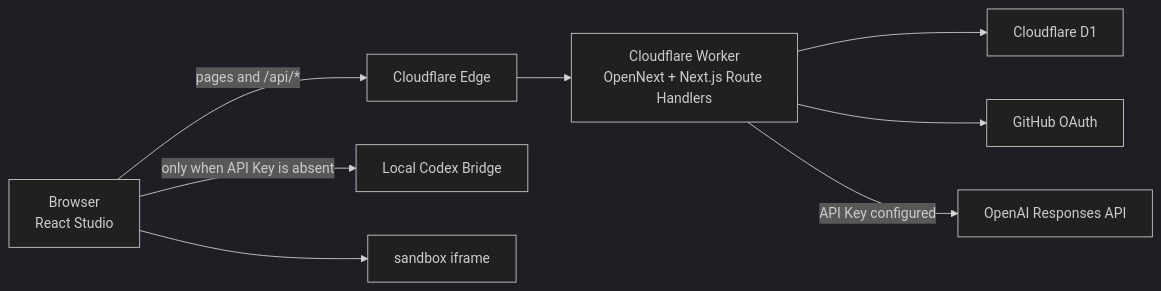
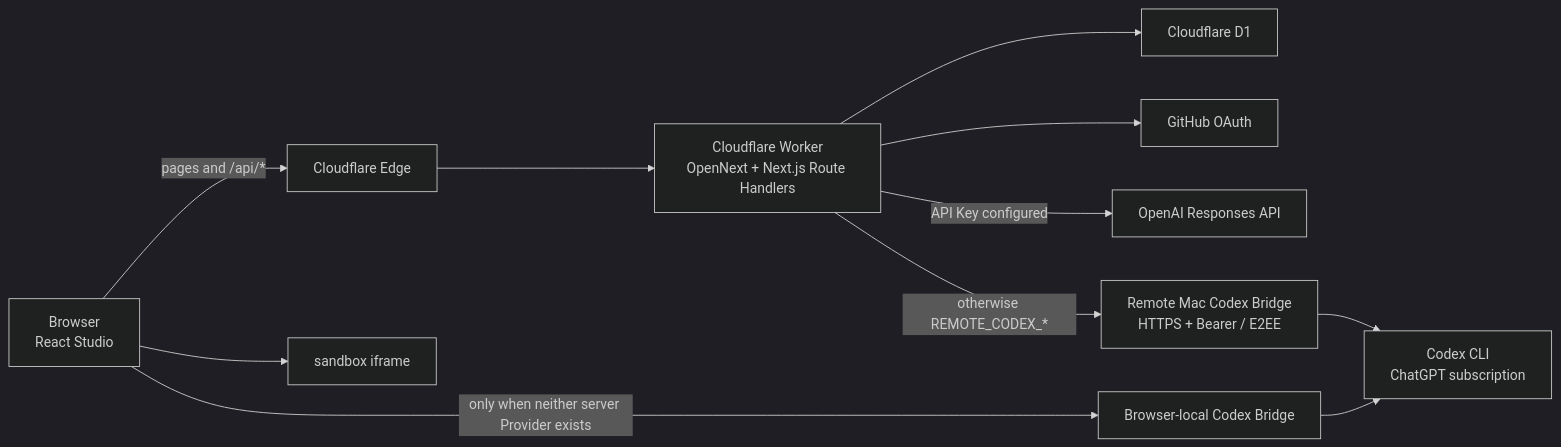
The diagram in PROJECT_OVERVIEW.md (chanceflying/chance-atoms-demo), drawn with Mermaid (dark theme) before and after one commit. The commit also changed other lines of this file and 13 other files, not shown here.

Commit message:
Add encrypted remote Codex provider

````diff
--- a/PROJECT_OVERVIEW.md
+++ b/PROJECT_OVERVIEW.md
@@ -52,19 +52,24 @@
 ```mermaid
 flowchart LR
     B["Browser<br/>React Studio"]
     E["Cloudflare Edge"]
     W["Cloudflare Worker<br/>OpenNext + Next.js Route Handlers"]
     D["Cloudflare D1"]
     G["GitHub OAuth"]
     O["OpenAI Responses API"]
-    C["Local Codex Bridge"]
+    R["Remote Mac Codex Bridge<br/>HTTPS + Bearer / E2EE"]
+    L["Browser-local Codex Bridge"]
+    X["Codex CLI<br/>ChatGPT subscription"]
     P["sandbox iframe"]
 
     B -->|"pages and /api/*"| E
     E --> W
     W --> D
     W --> G
     W -->|"API Key configured"| O
-    B -->|"only when API Key is absent"| C
+    W -->|"otherwise REMOTE_CODEX_*"| R
+    B -->|"only when neither server Provider exists"| L
+    R --> X
+    L --> X
     B --> P
 ```
````
